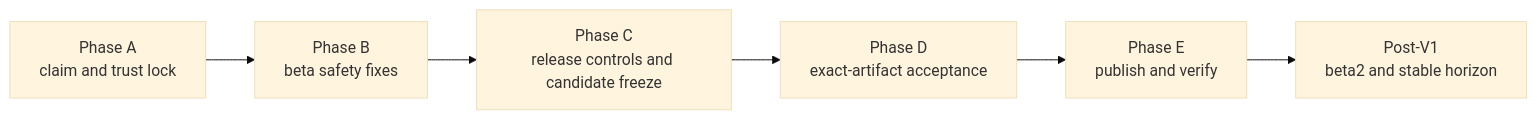
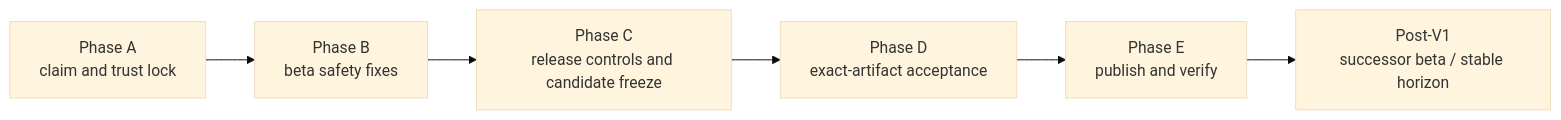
Before and after one commit to Martian-ux/All-The-Context: the diagram in docs/ROADMAP_TO_V1.md, drawn with Mermaid (base theme). The commit also changed other lines of this file and 41 other files, not shown here.

````diff
--- a/docs/ROADMAP_TO_V1.md
+++ b/docs/ROADMAP_TO_V1.md
@@ -170,8 +174,8 @@
 ```mermaid
 flowchart LR
   A["Phase A<br/>claim and trust lock"] --> B["Phase B<br/>beta safety fixes"]
   B --> C["Phase C<br/>release controls and candidate freeze"]
   C --> D["Phase D<br/>exact-artifact acceptance"]
   D --> E["Phase E<br/>publish and verify"]
-  E --> H["Post-V1<br/>beta2 and stable horizon"]
+  E --> H["Post-V1<br/>successor beta / stable horizon"]
 ```
````
